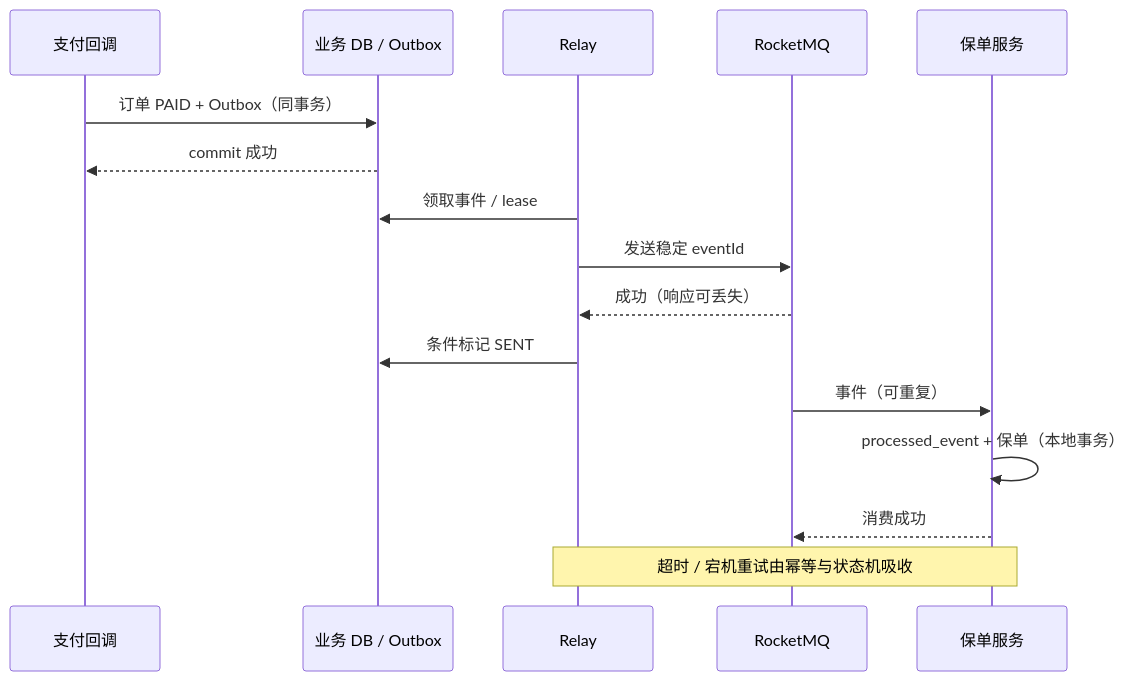
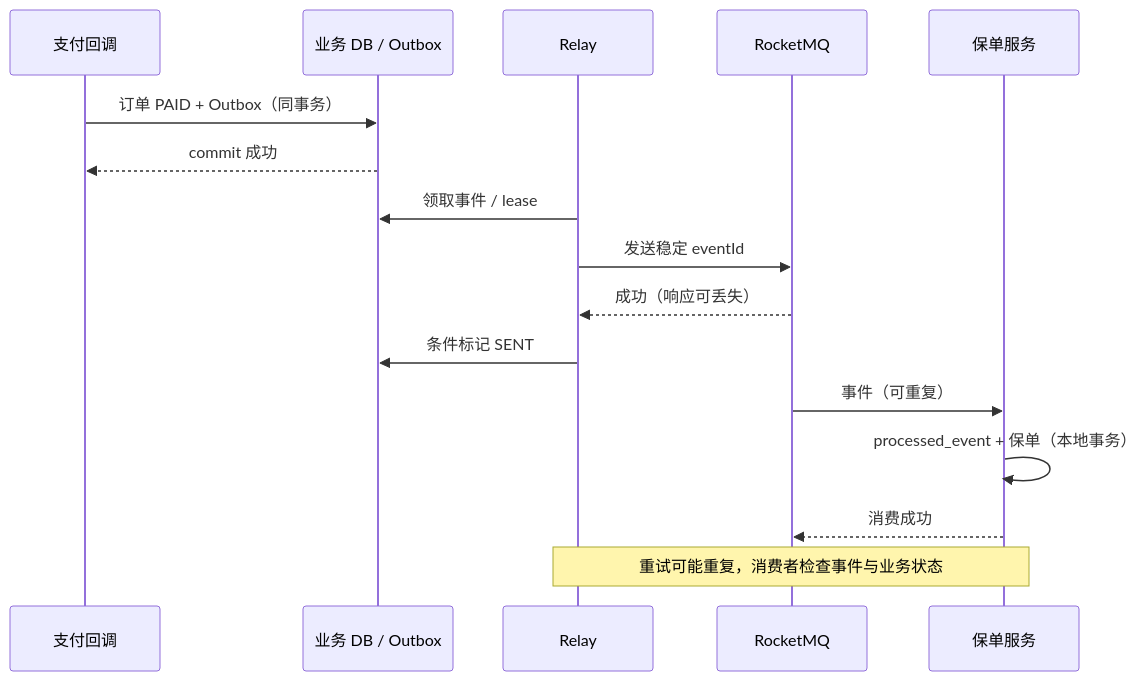
Before and after one commit to yisiliang/yisiliang.github.io: the first of 2 diagrams in docs/java-architect-interview/chapters/09.md, drawn with Mermaid. The commit also changed other lines of this file and 18 other files, not shown here.

````diff
--- a/docs/java-architect-interview/chapters/09.md
+++ b/docs/java-architect-interview/chapters/09.md
@@ -66,18 +83,18 @@
 ```mermaid
 sequenceDiagram
  participant API as 支付回调
  participant DB as 业务 DB / Outbox
  participant R as Relay
  participant MQ as RocketMQ
  participant C as 保单服务
  API->>DB: 订单 PAID + Outbox（同事务）
  DB-->>API: commit 成功
  R->>DB: 领取事件 / lease
  R->>MQ: 发送稳定 eventId
  MQ-->>R: 成功（响应可丢失）
  R->>DB: 条件标记 SENT
  MQ->>C: 事件（可重复）
  C->>C: processed_event + 保单（本地事务）
  C-->>MQ: 消费成功
- Note over R,C: 超时 / 宕机重试由幂等与状态机吸收
+ Note over R,C: 重试可能重复，消费者检查事件与业务状态
 ```
````
